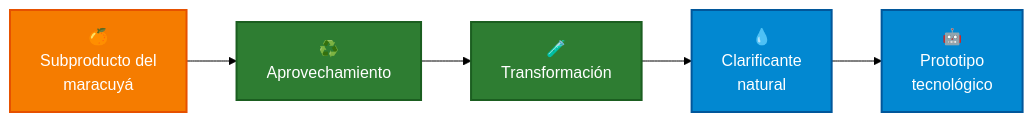
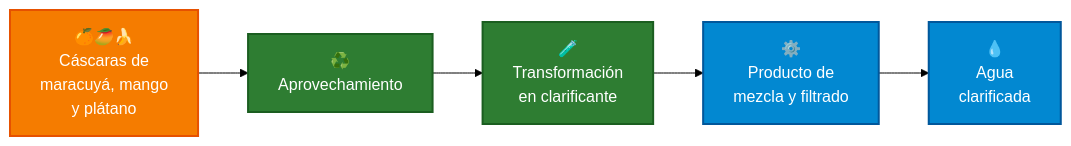
Before and after one commit to BeyondNate/PI_Equipo_05: the second of 4 diagrams in README.md, drawn with Mermaid (forest theme). The commit also changed other lines of this file, not shown here.

````diff
--- a/README.md
+++ b/README.md
@@ -212,18 +178,18 @@
 ```mermaid
 flowchart LR
-    A["🍊<br/>Subproducto del<br/>maracuyá"]
+    A["🍊🥭🍌<br/>Cáscaras de<br/>maracuyá, mango<br/>y plátano"]
     B["♻️<br/>Aprovechamiento"]
-    C["🧪<br/>Transformación"]
-    D["💧<br/>Clarificante<br/>natural"]
-    E["🤖<br/>Prototipo<br/>tecnológico"]
-
+    C["🧪<br/>Transformación<br/>en clarificante"]
+    D["⚙️<br/>Producto de<br/>mezcla y filtrado"]
+    E["💧<br/>Agua<br/>clarificada"]
+ 
     A --> B --> C --> D --> E
-
+ 
     classDef resource fill:#F57C00,color:#FFFFFF,stroke:#E65100,stroke-width:2px;
     classDef circular fill:#2E7D32,color:#FFFFFF,stroke:#1B5E20,stroke-width:2px;
     classDef product fill:#0288D1,color:#FFFFFF,stroke:#01579B,stroke-width:2px;
-
+ 
     class A resource;
     class B,C circular;
     class D,E product;
 ```
````
